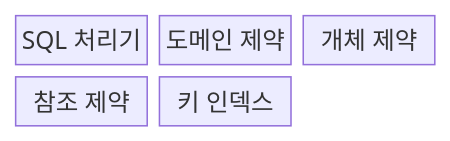
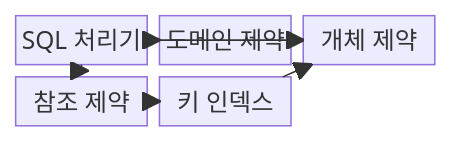
The first of 2 diagrams in src/content/docs/notes/03-software/091_database_integrity_constraints.md (agnusdei1207/knowledge-base), drawn with Mermaid before and after one commit. The commit also changed other lines of this file and 20 other files, not shown here.

````diff
--- a/src/content/docs/notes/03-software/091_database_integrity_constraints.md
+++ b/src/content/docs/notes/03-software/091_database_integrity_constraints.md
@@ -53,9 +59,14 @@
 ```mermaid
-block-beta
+block
   columns 3
   S["SQL 처리기"]
   D["도메인 제약"]
   E["개체 제약"]
   R["참조 제약"]
   I["키 인덱스"]
+  S --> D
+  S --> E
+  S --> R
+  I --> E
+  I --> R
 ```
````
